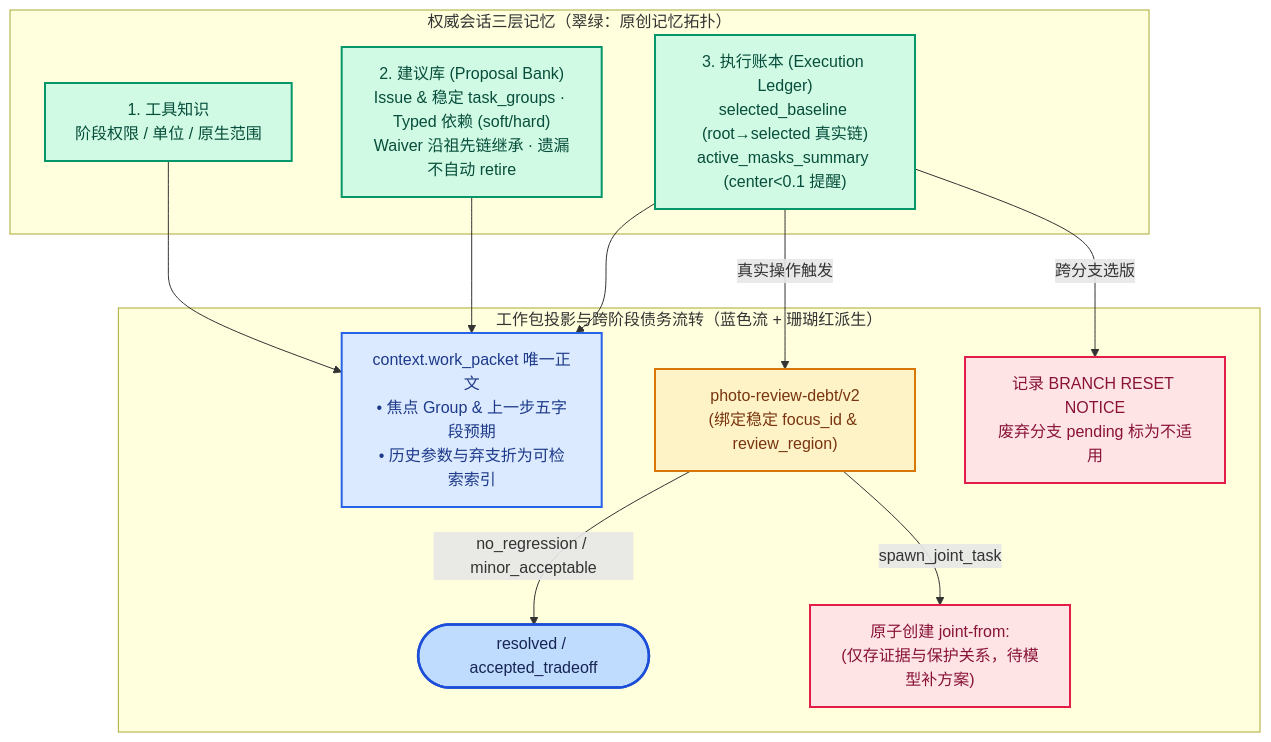
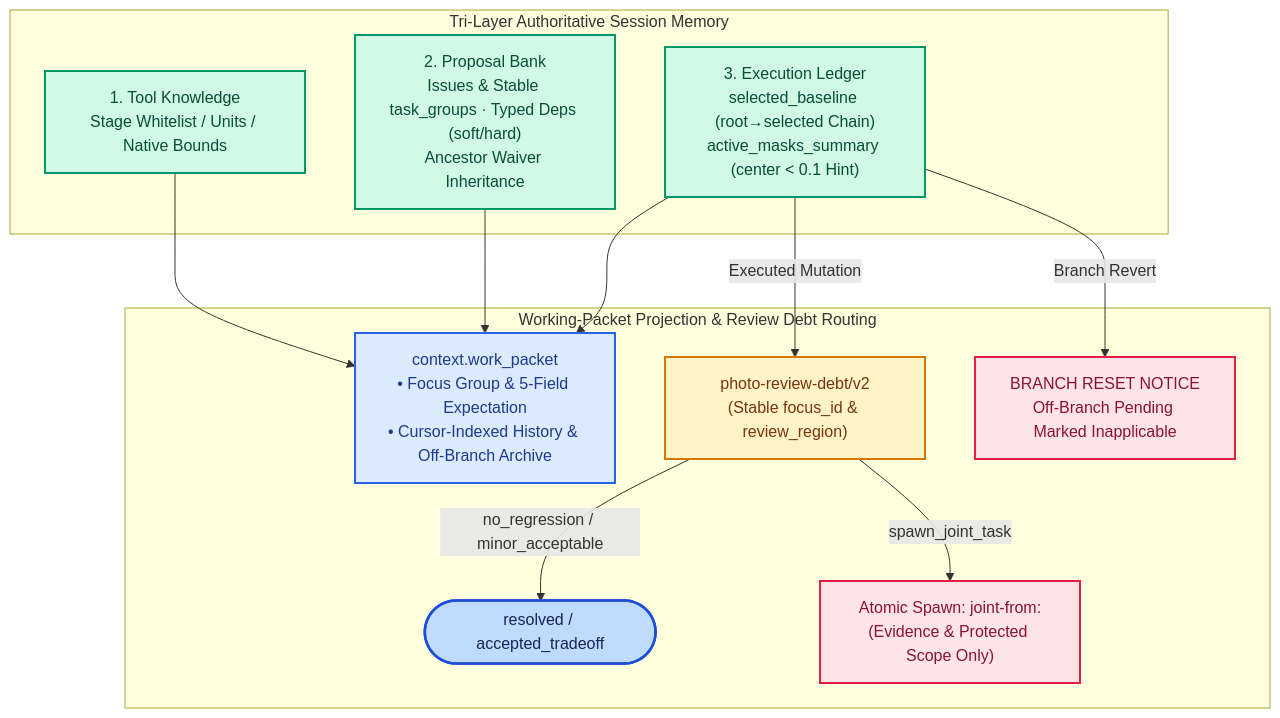
One commit to ARCHIC001/RetouchAgain changed the third of 4 diagrams in README.md. Above: the diagram before and after it, drawn with Mermaid. The commit also changed other lines of this file and 4 other files, not shown here.

````diff
--- a/README.md
+++ b/README.md
@@ -95,23 +95,22 @@
 ```mermaid
 flowchart TB
-    classDef flowStart fill:#eff6ff,stroke:#3b82f6,color:#1e3a8a,stroke-width:2px
     classDef flowMid fill:#dbeafe,stroke:#2563eb,color:#1e3a8a,stroke-width:2px
     classDef flowEnd fill:#bfdbfe,stroke:#1d4ed8,color:#172554,stroke-width:2.5px
     classDef origMemory fill:#d1fae5,stroke:#059669,color:#064e3b,stroke-width:2px
     classDef origGuard fill:#ffe4e6,stroke:#e11d48,color:#881337,stroke-width:2px
     classDef origVisual fill:#fef3c7,stroke:#d97706,color:#78350f,stroke-width:2px
 
-    subgraph Memory["权威会话三层记忆（翠绿：原创记忆拓扑）"]
-        TK["1. 工具知识<br/>阶段权限 / 单位 / 原生范围"]:::origMemory
-        PB["2. 建议库 (Proposal Bank)<br/>Issue & 稳定 task_groups · Typed 依赖 (soft/hard)<br/>Waiver 沿祖先链继承 · 遗漏不自动 retire"]:::origMemory
-        EL["3. 执行账本 (Execution Ledger)<br/>selected_baseline (root→selected 真实链)<br/>active_masks_summary (center<0.1 提醒)"]:::origMemory
+    subgraph Memory["Tri-Layer Authoritative Session Memory"]
+        TK["1. Tool Knowledge<br/>Stage Whitelist / Units / Native Bounds"]:::origMemory
+        PB["2. Proposal Bank<br/>Issues & Stable task_groups · Typed Deps (soft/hard)<br/>Ancestor Waiver Inheritance"]:::origMemory
+        EL["3. Execution Ledger<br/>selected_baseline (root→selected Chain)<br/>active_masks_summary (center < 0.1 Hint)"]:::origMemory
     end
 
-    subgraph Flow["工作包投影与跨阶段债务流转（蓝色流 + 珊瑚红派生）"]
-        TK & PB & EL --> WP["context.work_packet 唯一正文<br/>• 焦点 Group & 上一步五字段预期<br/>• 历史参数与弃支折为可检索索引"]:::flowMid
-        EL -->|"真实操作触发"| Debt["photo-review-debt/v2<br/>(绑定稳定 focus_id & review_region)"]:::origVisual
+    subgraph Flow["Working-Packet Projection & Review Debt Routing"]
+        TK & PB & EL --> WP["context.work_packet<br/>• Focus Group & 5-Field Expectation<br/>• Cursor-Indexed History & Off-Branch Archive"]:::flowMid
+        EL -->|"Executed Mutation"| Debt["photo-review-debt/v2<br/>(Stable focus_id & review_region)"]:::origVisual
         Debt -->|"no_regression / minor_acceptable"| Settled(["resolved / accepted_tradeoff"]):::flowEnd
-        Debt -->|"spawn_joint_task"| JointSpawn["原子创建 joint-from:<debt_id><br/>(仅存证据与保护关系，待模型补方案)"]:::origGuard
-        EL -->|"跨分支选版"| Reset["记录 BRANCH RESET NOTICE<br/>废弃分支 pending 标为不适用"]:::origGuard
+        Debt -->|"spawn_joint_task"| JointSpawn["Atomic Spawn: joint-from:<debt_id><br/>(Evidence & Protected Scope Only)"]:::origGuard
+        EL -->|"Branch Revert"| Reset["BRANCH RESET NOTICE<br/>Off-Branch Pending Marked Inapplicable"]:::origGuard
     end
 ```
````
